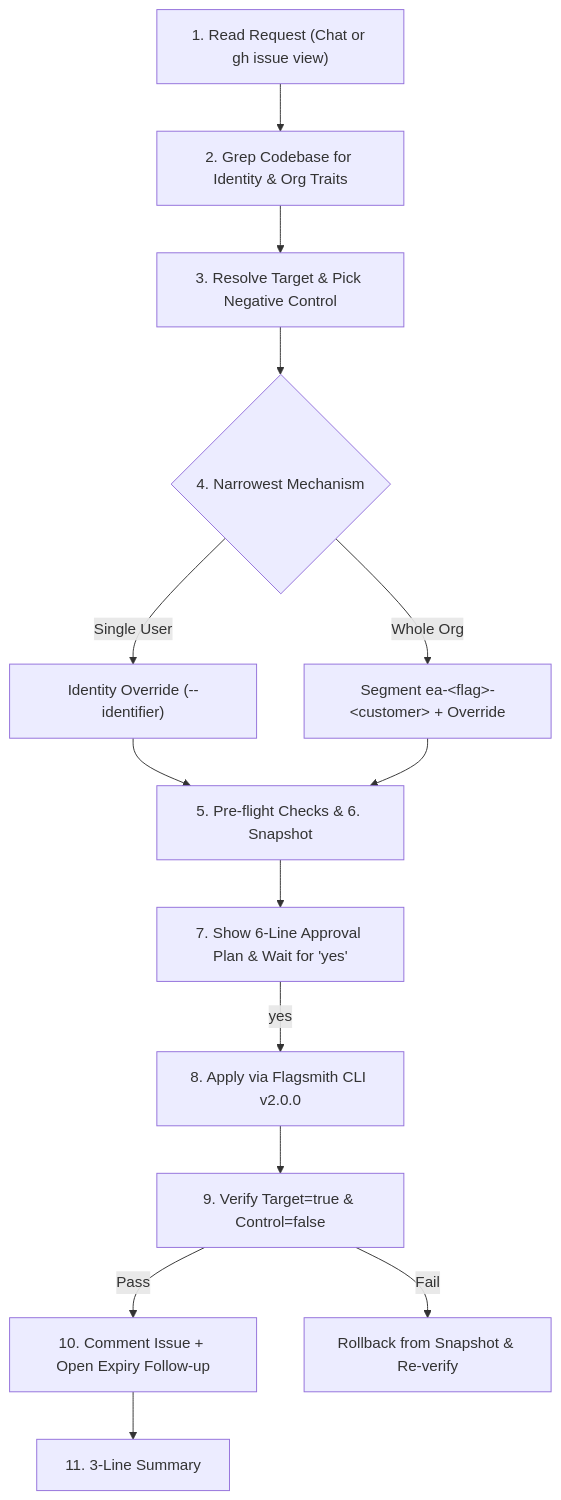
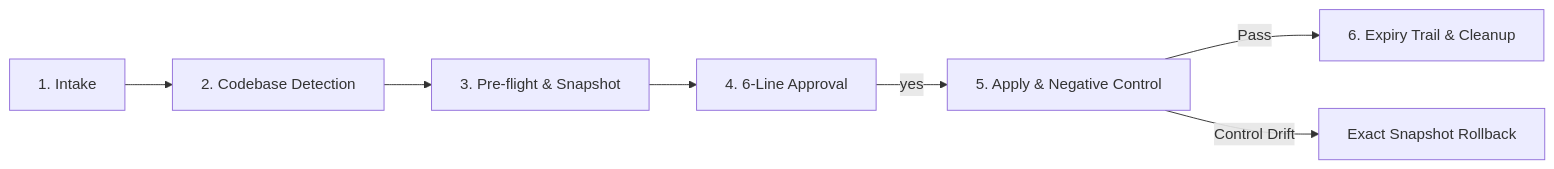
The diagram in README.md (saanvikrishna/flagsmith-early-access), drawn with Mermaid before and after one commit. The commit also changed other lines of this file and 20 other files, not shown here.

````diff
--- a/README.md
+++ b/README.md
@@ -28,16 +140,9 @@
 ```mermaid
-flowchart TD
-    A["1. Read Request (Chat or gh issue view)"] --> B["2. Grep Codebase for Identity & Org Traits"]
-    B --> C["3. Resolve Target & Pick Negative Control"]
-    C --> D{"4. Narrowest Mechanism"}
-    D -- "Single User" --> E["Identity Override (--identifier)"]
-    D -- "Whole Org" --> F["Segment ea-&lt;flag&gt;-&lt;customer&gt; + Override"]
-    E --> G["5. Pre-flight Checks & 6. Snapshot"]
-    F --> G
-    G --> H["7. Show 6-Line Approval Plan & Wait for 'yes'"]
-    H -- "yes" --> I["8. Apply via Flagsmith CLI v2.0.0"]
-    I --> J["9. Verify Target=true & Control=false"]
-    J -- "Pass" --> K["10. Comment Issue + Open Expiry Follow-up"]
-    J -- "Fail" --> L["Rollback from Snapshot & Re-verify"]
-    K --> M["11. 3-Line Summary"]
+flowchart LR
+    A["1. Intake"] --> B["2. Codebase Detection"]
+    B --> C["3. Pre-flight & Snapshot"]
+    C --> D["4. 6-Line Approval"]
+    D -- "yes" --> E["5. Apply & Negative Control"]
+    E -- "Pass" --> F["6. Expiry Trail & Cleanup"]
+    E -- "Control Drift" --> G["Exact Snapshot Rollback"]
 ```
````
